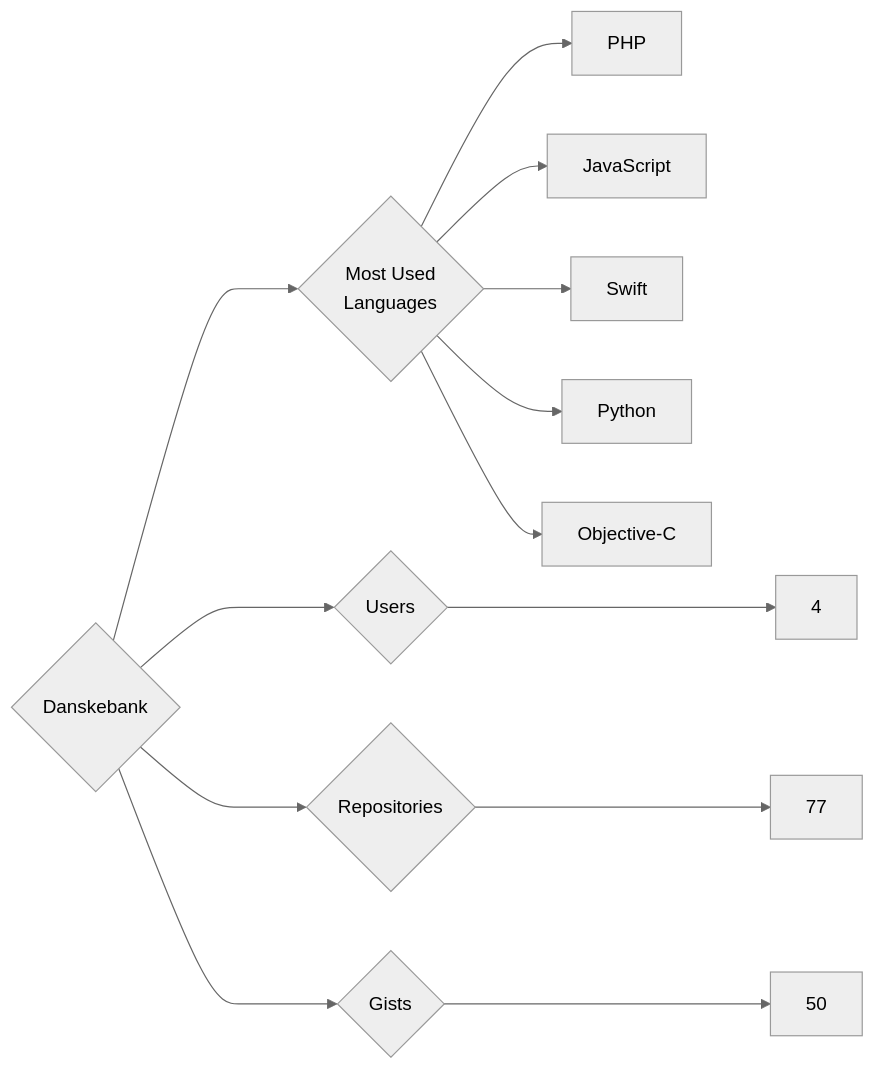
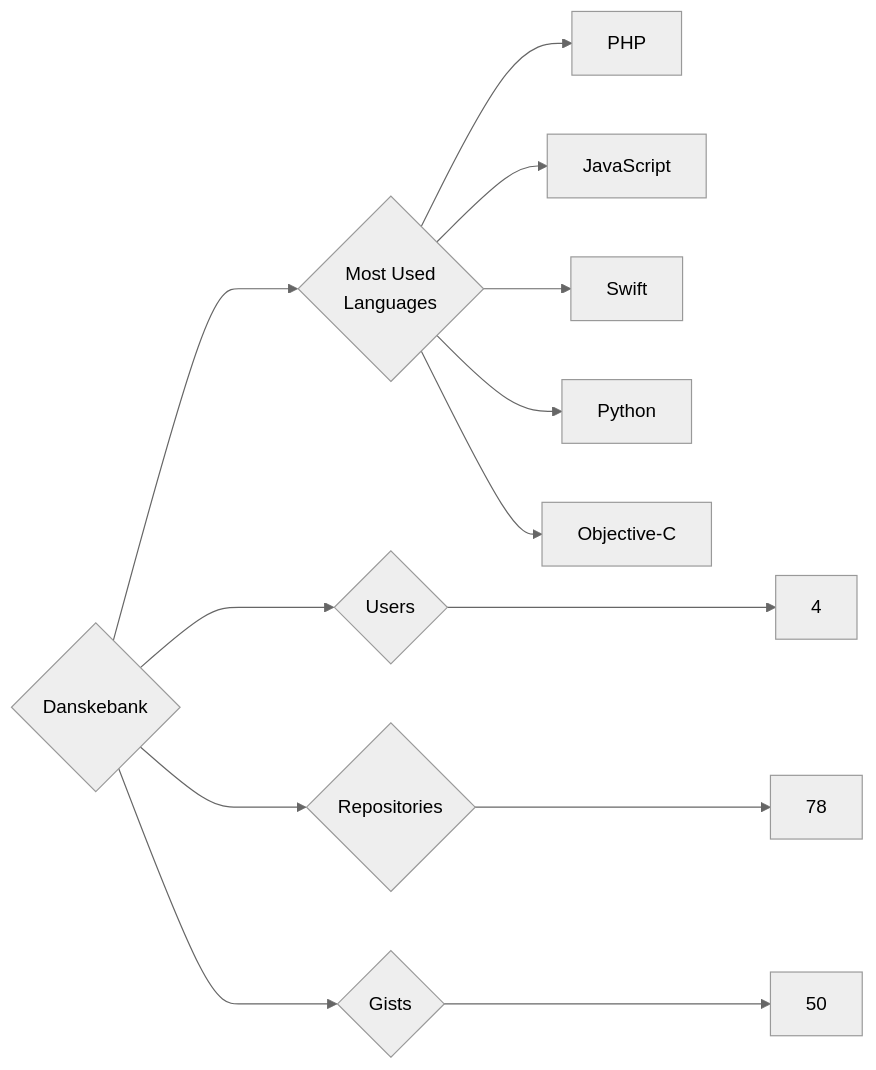
Before and after one commit to trickest/insiders: the diagram in targets/Danskebank/README.md, drawn with Mermaid (neutral theme). The commit also changed 872 other files, not shown here.

````diff
--- a/targets/Danskebank/README.md
+++ b/targets/Danskebank/README.md
@@ -3,13 +3,13 @@
 ```mermaid
 graph LR
 COMPANY_NAME{Danskebank}
 COMPANY_NAME ---> U{Users} ---> UN[4]
-COMPANY_NAME ---> R{Repositories} ---> RN[77]
+COMPANY_NAME ---> R{Repositories} ---> RN[78]
 COMPANY_NAME ---> G{Gists} ---> GN[50]
 COMPANY_NAME ---> ML{Most Used<br>Languages}
 ML --> PHP[PHP]
 ML --> JavaScript[JavaScript]
 ML --> Swift[Swift]
 ML --> Python[Python]
 ML --> Objective-C[Objective-C]
 ```
````
